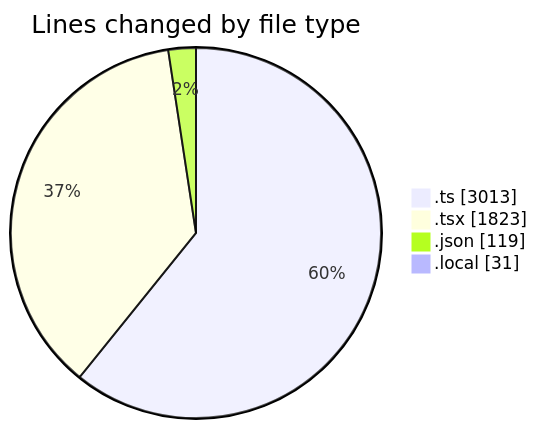
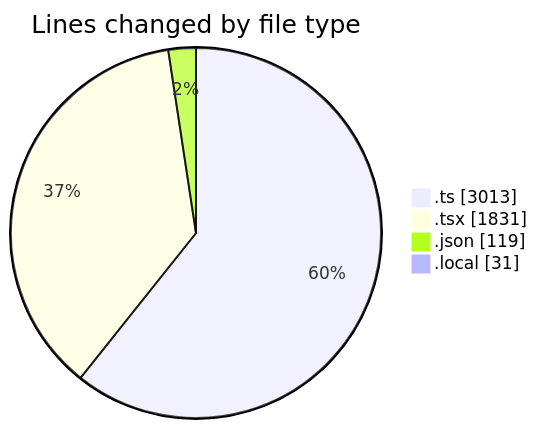
Before and after one commit to julien-gomy/code-tracking: the first of 2 diagrams in 2025-11-10/eventscop-frontend-guide__workspace_/README.md, drawn with Mermaid. The commit also changed other lines of this file and 1 other file, not shown here.

````diff
--- a/2025-11-10/eventscop-frontend-guide__workspace_/README.md
+++ b/2025-11-10/eventscop-frontend-guide__workspace_/README.md
@@ -51,8 +51,8 @@
 ```mermaid
 pie showData
 title Lines changed by file type
 ".ts" : 3013
-".tsx" : 1823
+".tsx" : 1831
 ".json" : 119
 ".local" : 31
 ```
````
